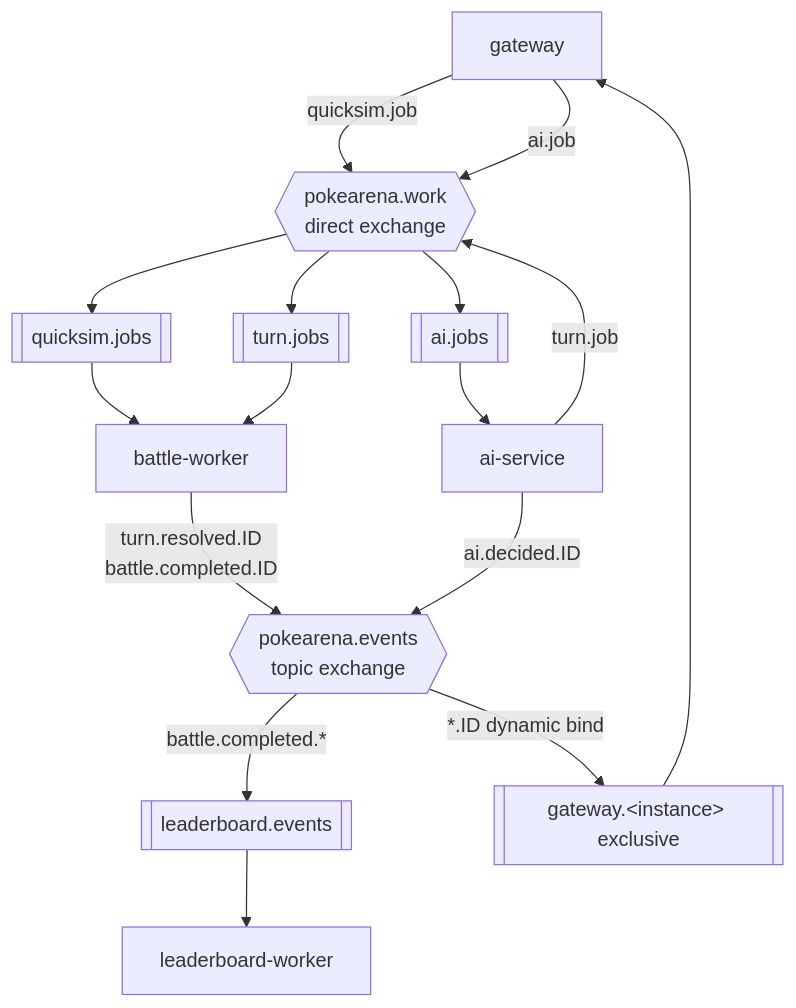
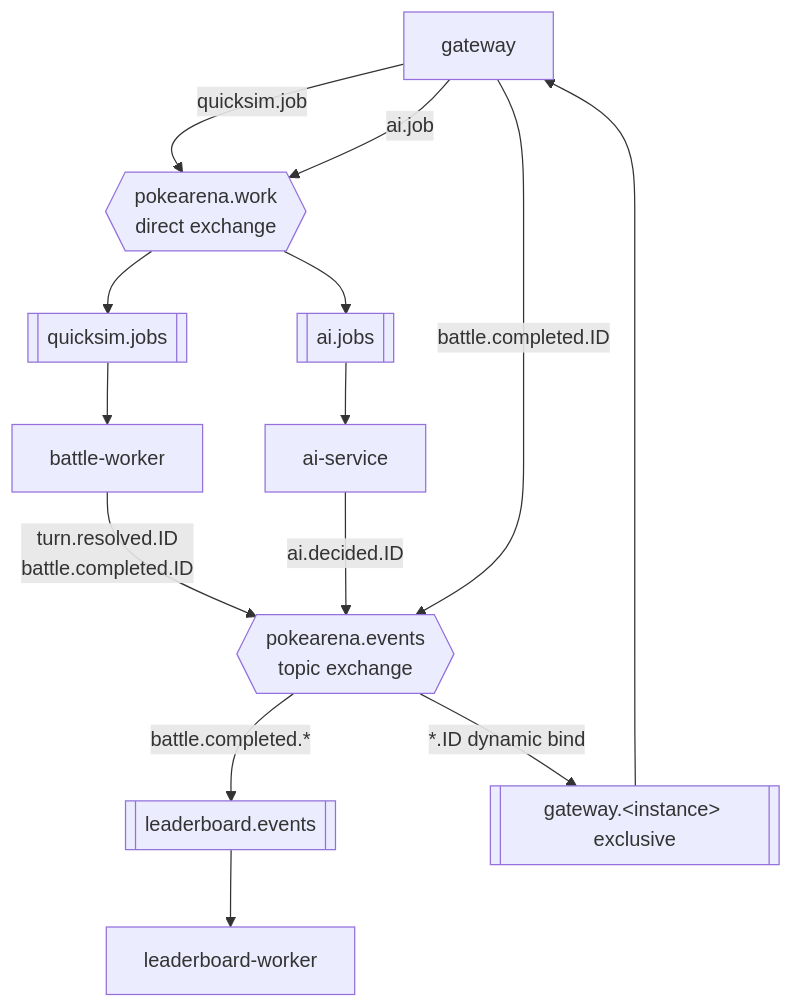
Before and after one commit to shaumik/PokeArena: the fourth of 5 diagrams in README.md, drawn with Mermaid. The commit also changed other lines of this file and 4 other files, not shown here.

````diff
--- a/README.md
+++ b/README.md
@@ -192,21 +187,19 @@
 ```mermaid
 flowchart TD
     G[gateway] -->|quicksim.job| WX
     G -->|ai.job| WX
-    AI[ai-service] -->|turn.job| WX
     WX{{pokearena.work<br/>direct exchange}}
     WX --> QS[[quicksim.jobs]]
-    WX --> TJ[[turn.jobs]]
     WX --> AJ[[ai.jobs]]
     QS --> BW[battle-worker]
-    TJ --> BW
-    AJ --> AI
+    AJ --> AI[ai-service]
 
     BW -->|turn.resolved.ID<br/>battle.completed.ID| EX
     AI -->|ai.decided.ID| EX
+    G -->|battle.completed.ID| EX
     EX{{pokearena.events<br/>topic exchange}}
     EX -->|battle.completed.*| LBQ[[leaderboard.events]]
     LBQ --> LB[leaderboard-worker]
     EX -->|*.ID dynamic bind| GWQ[[gateway.&lt;instance&gt; exclusive]]
     GWQ --> G
 ```
````
